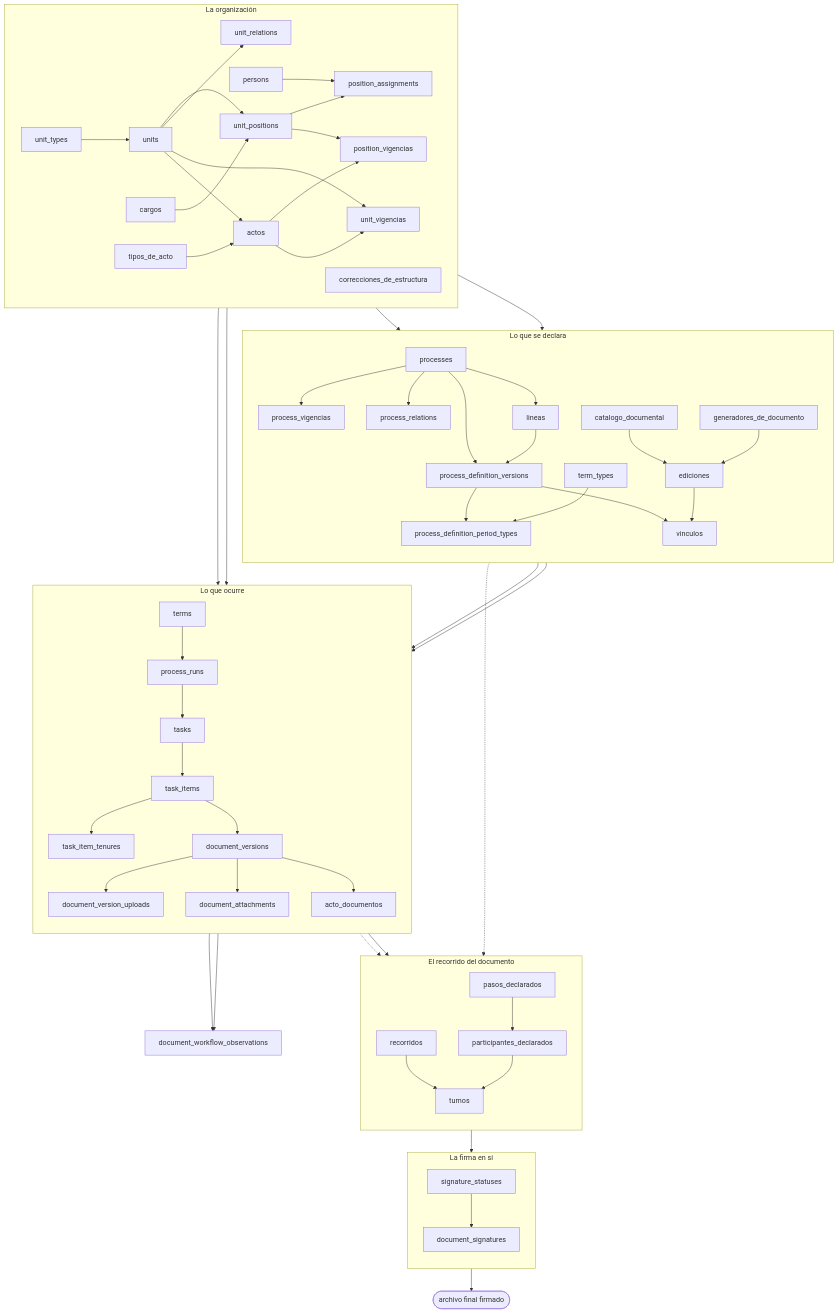
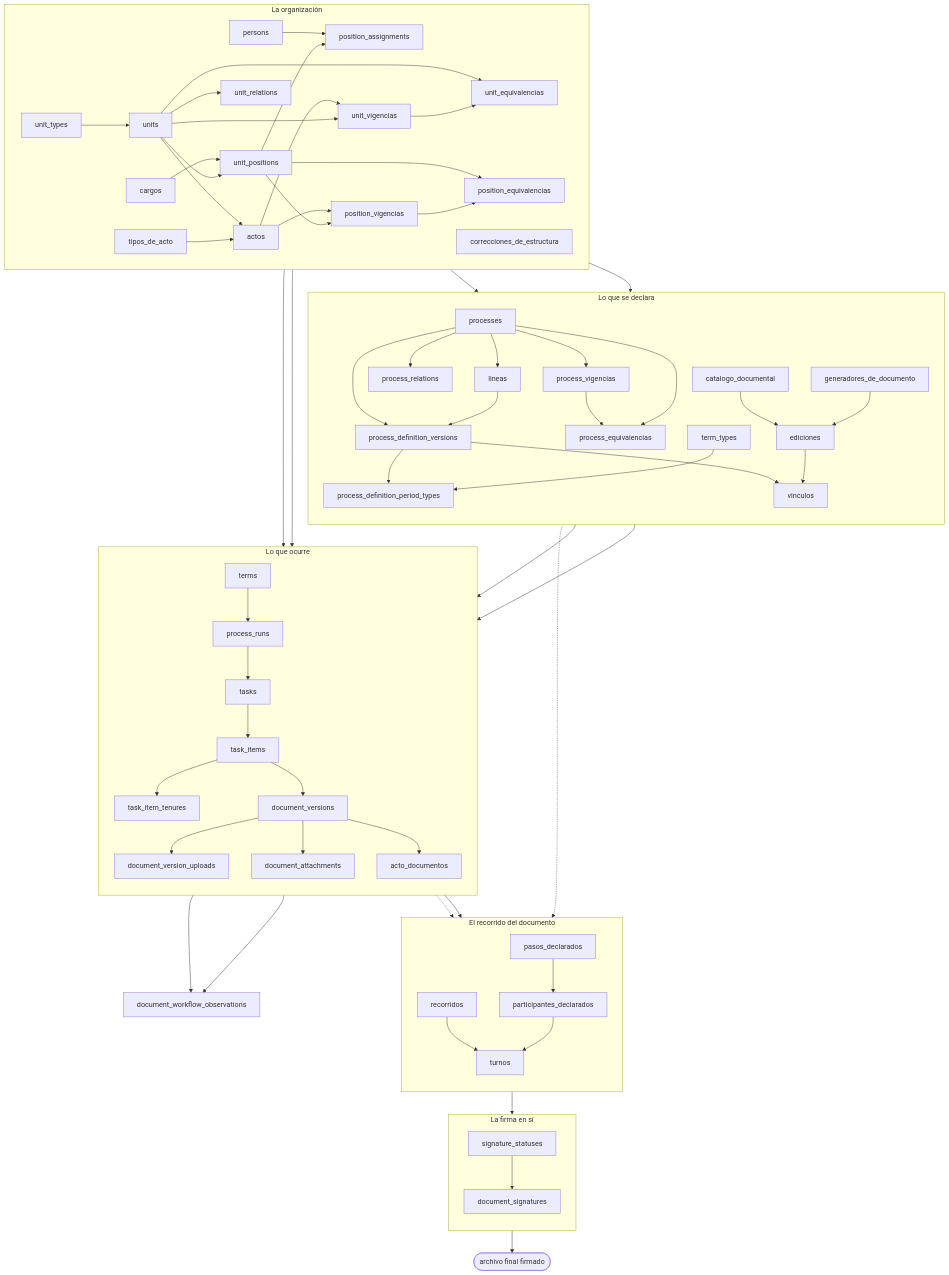
One commit to fresvel/deasy changed the diagram in docs/src/content/docs/modelo/mapa-completo.md. Above: the diagram before and after it, drawn with Mermaid. The commit also changed other lines of this file and 37 other files, not shown here.

````diff
--- a/docs/src/content/docs/modelo/mapa-completo.md
+++ b/docs/src/content/docs/modelo/mapa-completo.md
@@ -22,73 +22,79 @@
 ```mermaid
 flowchart TB
   subgraph ORG["La organización"]
     direction LR
     UT["unit_types"] --> U["units"]
     U --> UP["unit_positions"]
     C["cargos"] --> UP
     UP --> PA["position_assignments"]
     P["persons"] --> PA
     U --> UR["unit_relations"]
     U --> UV["unit_vigencias"]
     CORR["correcciones_de_estructura"]
     UP --> PVG["position_vigencias"]
+    UV --> UEQ["unit_equivalencias"]
+    U --> UEQ
+    PVG --> PEQ["position_equivalencias"]
+    UP --> PEQ
     ACT --> PVG
     TDA["tipos_de_acto"] --> ACT["actos"]
     U --> ACT
     ACT --> UV
   end
 
   subgraph DECL["Lo que se declara"]
     direction TB
     PR["processes"] --> PDV["process_definition_versions"]
     PR --> PV["process_vigencias"]
     PR --> PREL["process_relations"]
+    PV --> PREQ["process_equivalencias"]
+    PR --> PREQ
     ACT --> PREL
     ACT --> PV
     PR --> LIN["lineas"]
     LIN --> PDV
     PDV --> PDPT["process_definition_period_types"]
     TT["term_types"] --> PDPT
     DEL["catalogo_documental"] --> TA["ediciones"]
     GEN["generadores_de_documento"] --> TA
     PDV --> PDT["vinculos"]
     TA --> PDT
   end
 
   subgraph EJEC["Lo que ocurre"]
     direction TB
     PDV --> RUN["process_runs"]
     TERM["terms"] --> RUN
     RUN --> T["tasks"]
     T --> TI["task_items"]
     PDT --> TI
     UP --> TI
     TI --> TEN["task_item_tenures"]
     TI --> DV["document_versions"]
     DV --> DVU["document_version_uploads"]
     DV --> DA["document_attachments"]
     DV --> AD["acto_documentos"]
   end
 
   ACT --> AD
 
   subgraph REC["El recorrido del documento"]
     direction TB
     PASO["pasos_declarados"] --> PART["participantes_declarados"]
     RECO["recorridos"] --> TUR["turnos"]
     PART --> TUR
   end
 
   subgraph FIR["La firma en sí"]
     direction TB
     TUR --> DS["document_signatures"]
     SS["signature_statuses"] --> DS
   end
 
   TA -.-> PASO
   TI -.-> PASO
   DV --> RECO
   DS --> FIN(["archivo final firmado"])
   TI --> OBS["document_workflow_observations"]
   DV --> OBS
 ```
````
